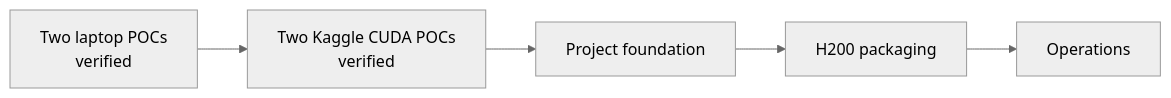
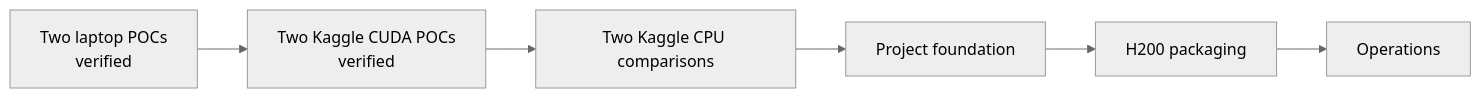
One commit to gh-andirdju/ml changed the diagram in docs/05-plan/phases.md. Above: the diagram before and after it, drawn with Mermaid (neutral theme). The commit also changed other lines of this file and 20 other files, not shown here.

Commit message:
Add Kaggle CPU comparison proofs

````diff
--- a/docs/05-plan/phases.md
+++ b/docs/05-plan/phases.md
@@ -6,7 +6,8 @@
 ```mermaid
 flowchart LR
     local[Two laptop POCs<br/>verified] --> kaggle[Two Kaggle CUDA POCs<br/>verified]
-    kaggle --> foundation[Project foundation]
+    kaggle --> cpu[Two Kaggle CPU comparisons]
+    cpu --> foundation[Project foundation]
     foundation --> cluster[H200 packaging]
     cluster --> operations[Operations]
 ```
````
